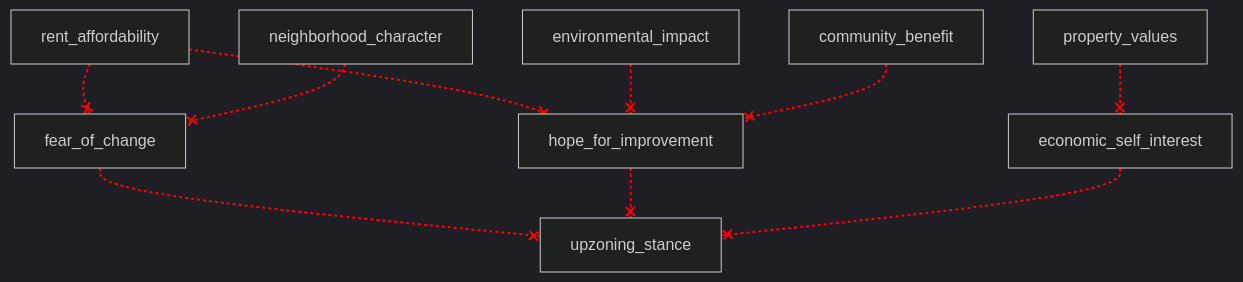
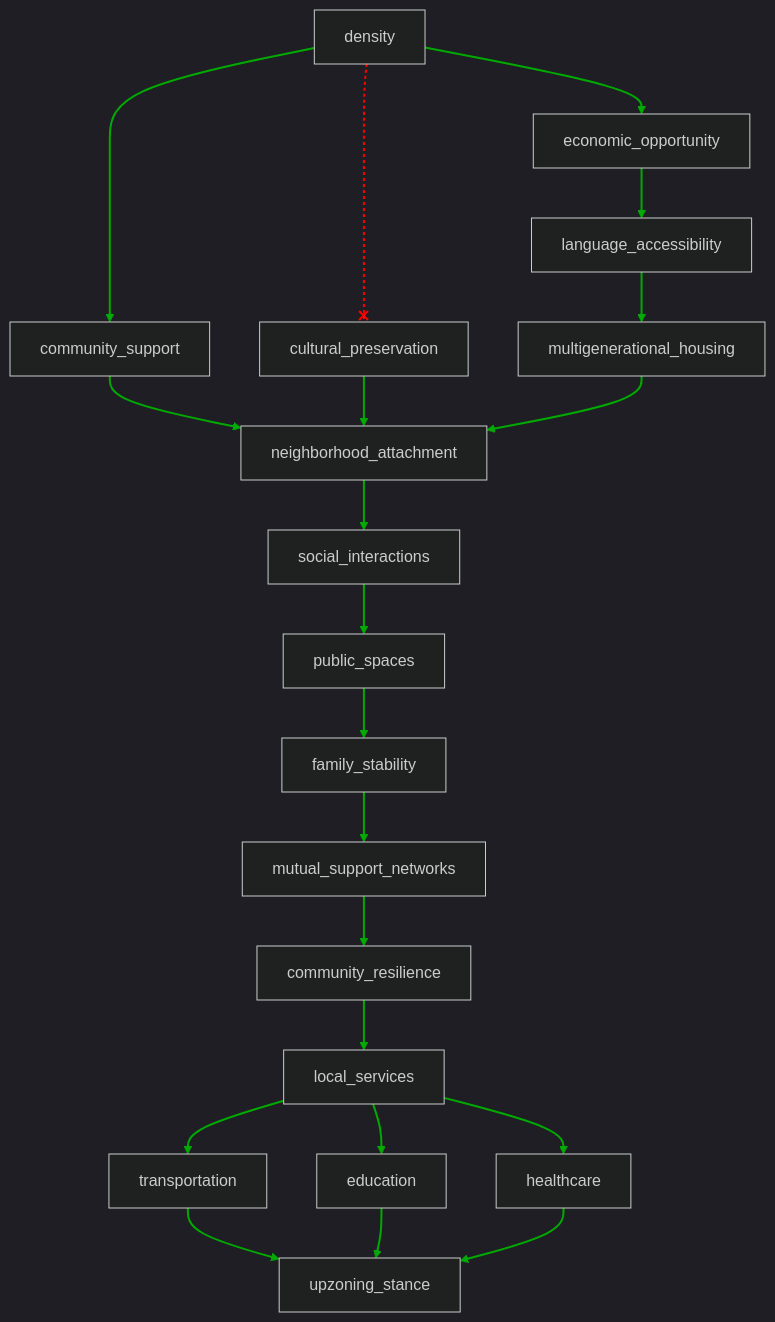
The diagram in data/samples_scm/sample_13.mmd (jajamoa/generative-minds), drawn with Mermaid (dark theme) before and after one commit. The commit also changed 115 other files, not shown here.

````diff
--- a/data/samples_scm/sample_13.mmd
+++ b/data/samples_scm/sample_13.mmd
@@ -1,32 +1,60 @@
 ```mermaid
 flowchart TD
-    n1[rent_affordability]
-    n2[property_values]
-    n3[neighborhood_character]
-    n4[environmental_impact]
-    n5[community_benefit]
-    n6[fear_of_change]
-    n7[hope_for_improvement]
-    n8[economic_self_interest]
-    n9[upzoning_stance]
-
-    n1 --x n6
-    n1 --x n7
-    n2 --x n8
-    n3 --x n6
-    n4 --x n7
-    n5 --x n7
-    n6 --x n9
-    n7 --x n9
-    n8 --x n9
-
-    linkStyle 0 stroke:#FF0000,stroke-dasharray:3,stroke-width:2px
-    linkStyle 1 stroke:#FF0000,stroke-dasharray:3,stroke-width:2px
-    linkStyle 2 stroke:#FF0000,stroke-dasharray:3,stroke-width:2px
-    linkStyle 3 stroke:#FF0000,stroke-dasharray:3,stroke-width:2px
-    linkStyle 4 stroke:#FF0000,stroke-dasharray:3,stroke-width:2px
-    linkStyle 5 stroke:#FF0000,stroke-dasharray:3,stroke-width:2px
-    linkStyle 6 stroke:#FF0000,stroke-dasharray:3,stroke-width:2px
-    linkStyle 7 stroke:#FF0000,stroke-dasharray:3,stroke-width:2px
-    linkStyle 8 stroke:#FF0000,stroke-dasharray:3,stroke-width:2px
+n1[density]
+n2[community_support]
+n3[cultural_preservation]
+n4[economic_opportunity]
+n5[language_accessibility]
+n6[multigenerational_housing]
+n7[neighborhood_attachment]
+n8[social_interactions]
+n9[public_spaces]
+n10[family_stability]
+n11[mutual_support_networks]
+n12[community_resilience]
+n13[local_services]
+n14[transportation]
+n15[education]
+n16[healthcare]
+n17[upzoning_stance]
+n1 --> n2
+n1 --x n3
+n1 --> n4
+n2 --> n7
+n3 --> n7
+n4 --> n5
+n5 --> n6
+n6 --> n7
+n7 --> n8
+n8 --> n9
+n9 --> n10
+n10 --> n11
+n11 --> n12
+n12 --> n13
+n13 --> n14
+n13 --> n15
+n13 --> n16
+n14 --> n17
+n15 --> n17
+n16 --> n17
+linkStyle 0 stroke:#00AA00,stroke-width:2px
+linkStyle 1 stroke:#FF0000,stroke-dasharray:3,stroke-width:2px
+linkStyle 2 stroke:#00AA00,stroke-width:2px
+linkStyle 3 stroke:#00AA00,stroke-width:2px
+linkStyle 4 stroke:#00AA00,stroke-width:2px
+linkStyle 5 stroke:#00AA00,stroke-width:2px
+linkStyle 6 stroke:#00AA00,stroke-width:2px
+linkStyle 7 stroke:#00AA00,stroke-width:2px
+linkStyle 8 stroke:#00AA00,stroke-width:2px
+linkStyle 9 stroke:#00AA00,stroke-width:2px
+linkStyle 10 stroke:#00AA00,stroke-width:2px
+linkStyle 11 stroke:#00AA00,stroke-width:2px
+linkStyle 12 stroke:#00AA00,stroke-width:2px
+linkStyle 13 stroke:#00AA00,stroke-width:2px
+linkStyle 14 stroke:#00AA00,stroke-width:2px
+linkStyle 15 stroke:#00AA00,stroke-width:2px
+linkStyle 16 stroke:#00AA00,stroke-width:2px
+linkStyle 17 stroke:#00AA00,stroke-width:2px
+linkStyle 18 stroke:#00AA00,stroke-width:2px
+linkStyle 19 stroke:#00AA00,stroke-width:2px
 ```
````
